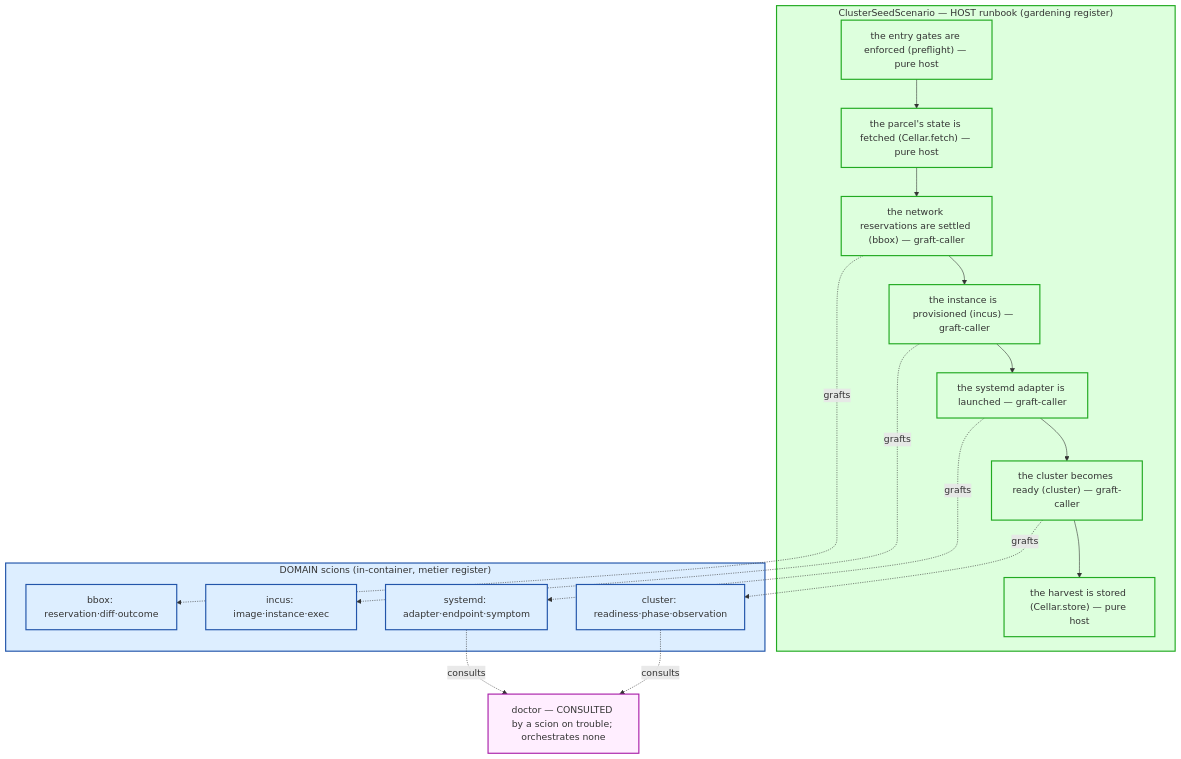
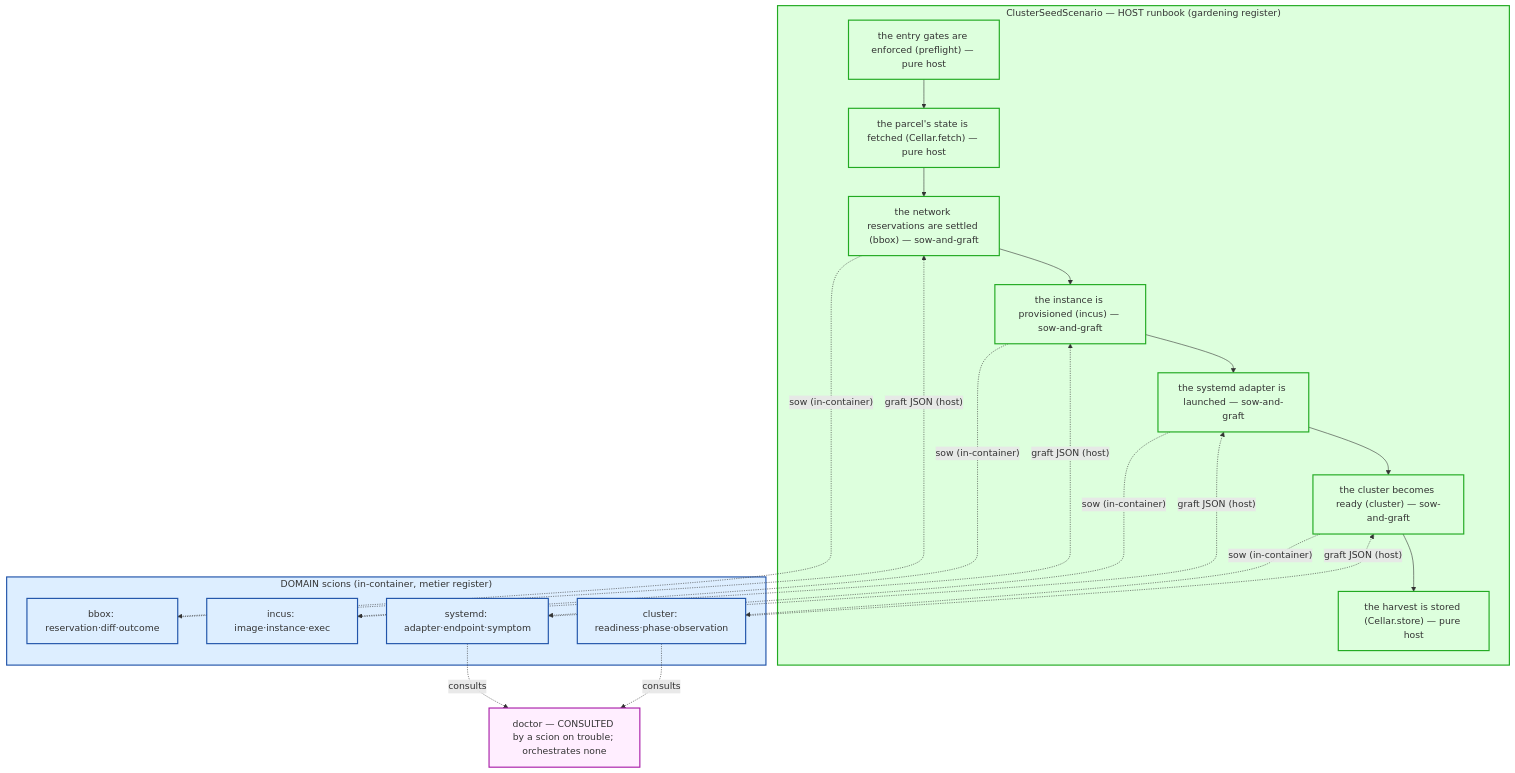
The fourth of 4 diagrams in docs/architecture/bdd/bdd.adoc (nxmatic/rke2lab), drawn with Mermaid before and after one commit. The commit also changed other lines of this file, not shown here.

First line of the commit message:
docs(bdd): split the graft-caller into its two halves — sow (OSGi) meets graft (host) at the JSON

```diff
--- a/docs/architecture/bdd/bdd.adoc
+++ b/docs/architecture/bdd/bdd.adoc
@@ -383,34 +394,38 @@
 [mermaid]
 ....
 flowchart TB
   subgraph root["ClusterSeedScenario — HOST runbook (gardening register)"]
     r0["the entry gates are enforced (preflight) — pure host"]
     rc["the parcel's state is fetched (Cellar.fetch) — pure host"]
-    r1["the network reservations are settled (bbox) — graft-caller"]
-    r2["the instance is provisioned (incus) — graft-caller"]
-    r3["the systemd adapter is launched — graft-caller"]
-    r4["the cluster becomes ready (cluster) — graft-caller"]
+    r1["the network reservations are settled (bbox) — sow-and-graft"]
+    r2["the instance is provisioned (incus) — sow-and-graft"]
+    r3["the systemd adapter is launched — sow-and-graft"]
+    r4["the cluster becomes ready (cluster) — sow-and-graft"]
     r5["the harvest is stored (Cellar.store) — pure host"]
     r0 --> rc --> r1 --> r2 --> r3 --> r4 --> r5
   end
   subgraph scions["DOMAIN scions (in-container, metier register)"]
     s1["bbox: reservation·diff·outcome"]
     s2["incus: image·instance·exec"]
     s3["systemd: adapter·endpoint·symptom"]
     s4["cluster: readiness·phase·observation"]
   end
   doctor["doctor — CONSULTED by a scion on trouble; orchestrates none"]
-  r1 -.grafts.-> s1
-  r2 -.grafts.-> s2
-  r3 -.grafts.-> s3
-  r4 -.grafts.-> s4
+  r1 -.sow (in-container).-> s1
+  r2 -.sow (in-container).-> s2
+  r3 -.sow (in-container).-> s3
+  r4 -.sow (in-container).-> s4
+  s1 -.graft JSON (host).-> r1
+  s2 -.graft JSON (host).-> r2
+  s3 -.graft JSON (host).-> r3
+  s4 -.graft JSON (host).-> r4
   s3 -.consults.-> doctor
   s4 -.consults.-> doctor
 
   classDef host fill:#dfd,stroke:#2a2,stroke-width:2px;
   classDef dom fill:#def,stroke:#25a,stroke-width:2px;
   classDef doc fill:#fef,stroke:#a2a,stroke-width:2px;
   class root,r0,rc,r1,r2,r3,r4,r5 host;
   class scions,s1,s2,s3,s4 dom;
   class doctor doc;
 ....
```
